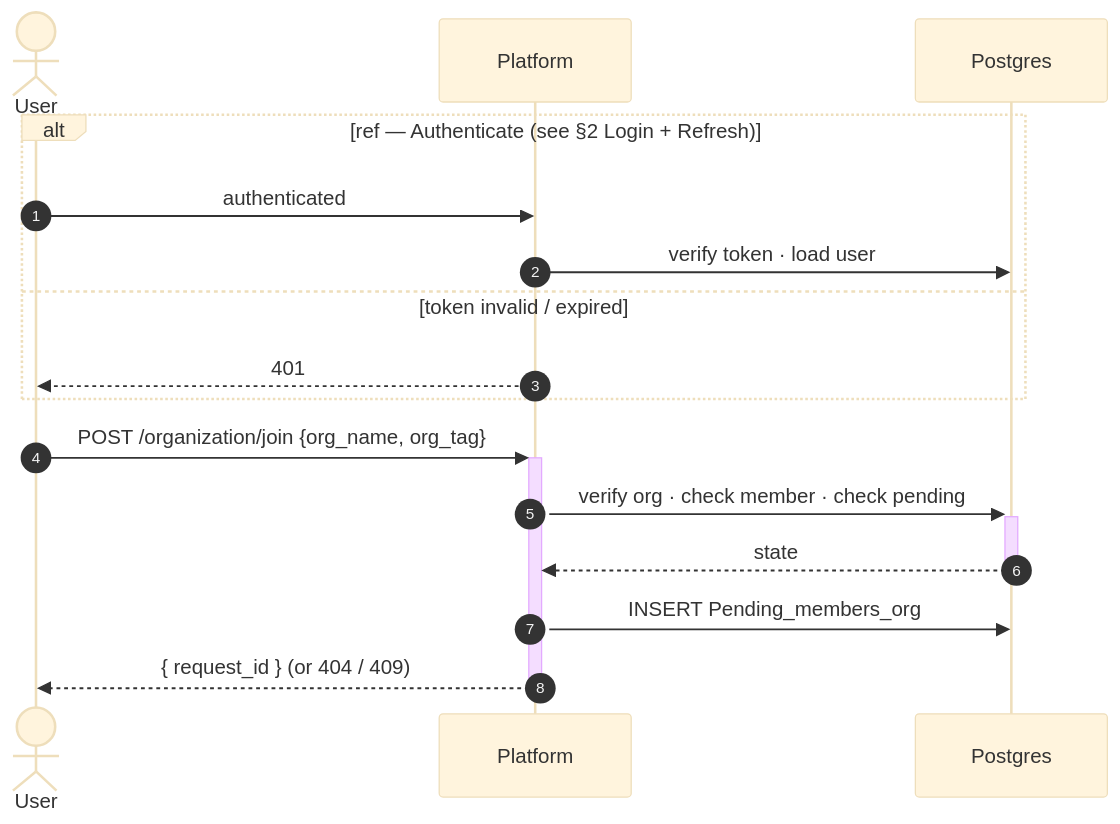
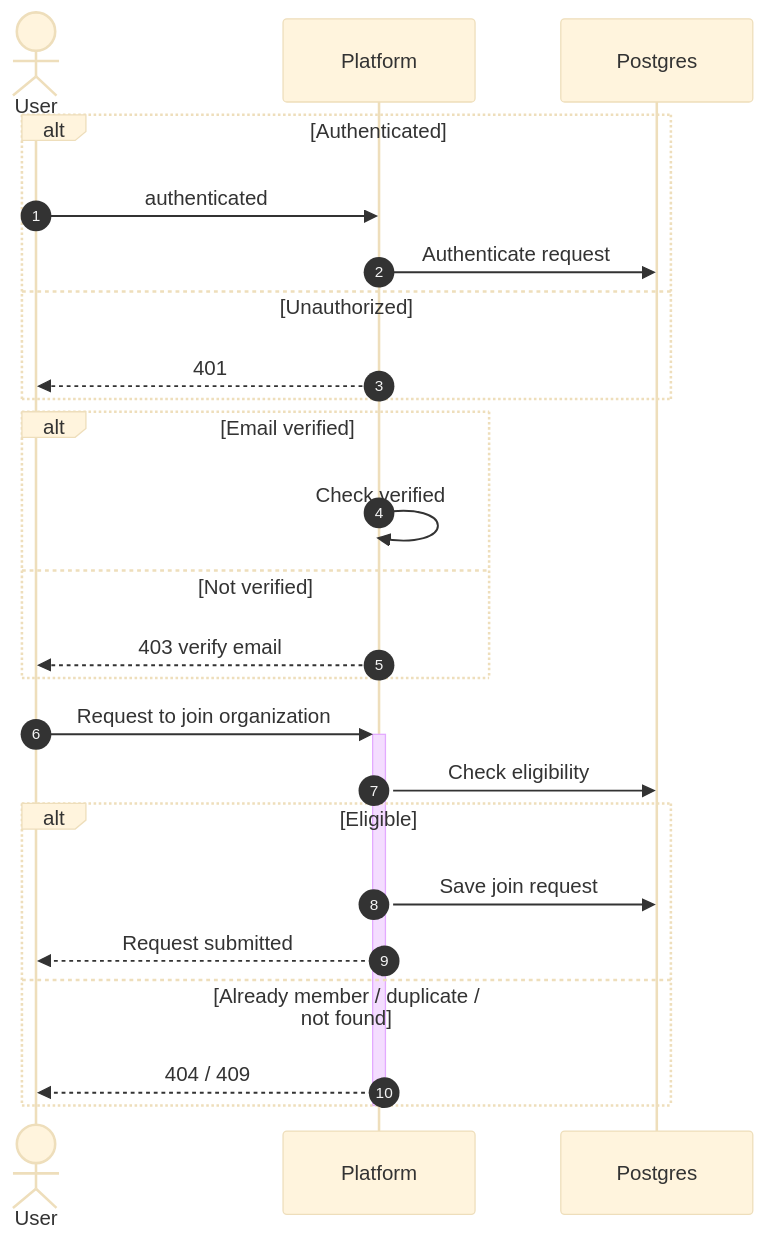
Before and after one commit to MohamedChebbi123/teamnest: the fifth of 16 diagrams in docs/SEQUENCE_DIAGRAMS.md, drawn with Mermaid (base theme). The commit also changed other lines of this file, not shown here.

````diff
--- a/docs/SEQUENCE_DIAGRAMS.md
+++ b/docs/SEQUENCE_DIAGRAMS.md
@@ -153,20 +184,30 @@
 ```mermaid
 sequenceDiagram
     autonumber
     actor User
     participant API as Platform
     participant DB as Postgres
 
-    alt ref — Authenticate (see §2 Login + Refresh)
+    alt Authenticated
         User->>API: authenticated
-        API->>DB: verify token · load user
-    else token invalid / expired
+        API->>DB: Authenticate request
+    else Unauthorized
         API-->>User: 401
     end
 
-    User->>+API: POST /organization/join {org_name, org_tag}
-    API->>+DB: verify org · check member · check pending
-    DB-->>-API: state
-    API->>DB: INSERT Pending_members_org
-    API-->>-User: { request_id } (or 404 / 409)
+    alt Email verified
+        API->>API: Check verified
+    else Not verified
+        API-->>User: 403 verify email
+    end
+
+    User->>+API: Request to join organization
+    API->>DB: Check eligibility
+    alt Eligible
+        API->>DB: Save join request
+        API-->>User: Request submitted
+    else Already member / duplicate / not found
+        API-->>User: 404 / 409
+    end
+    deactivate API
 ```
````
